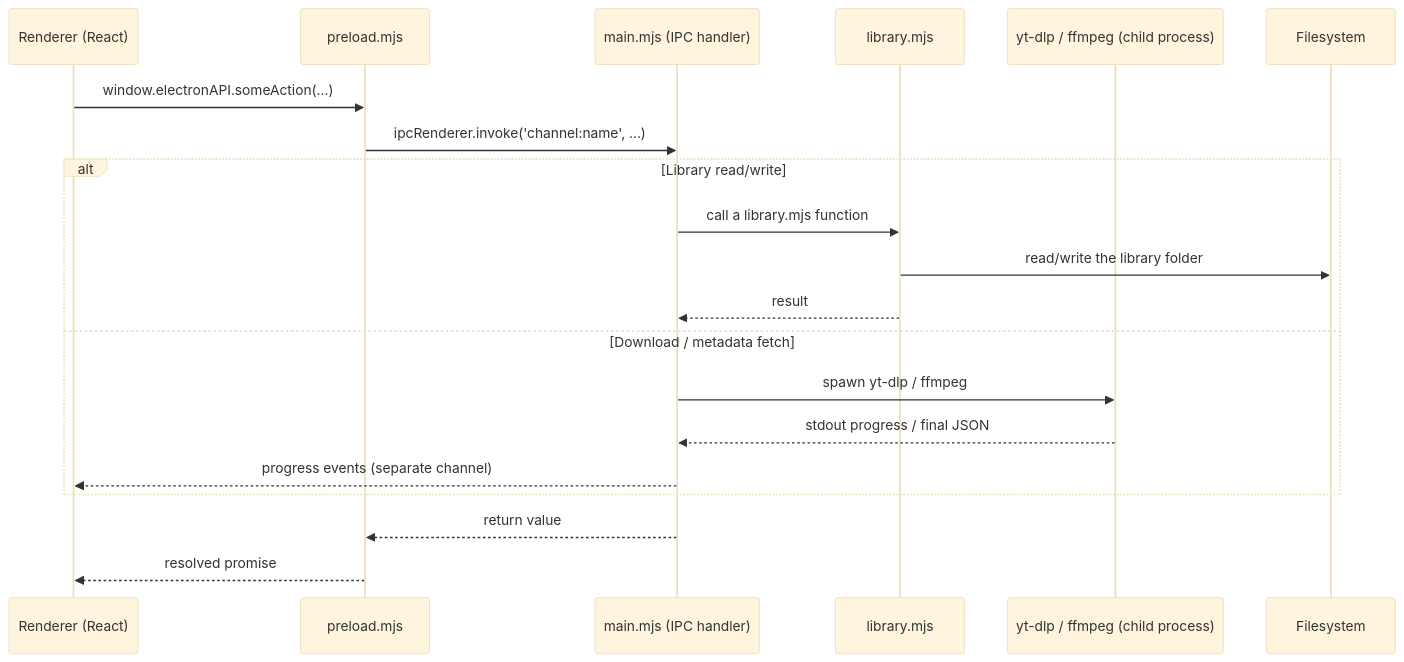
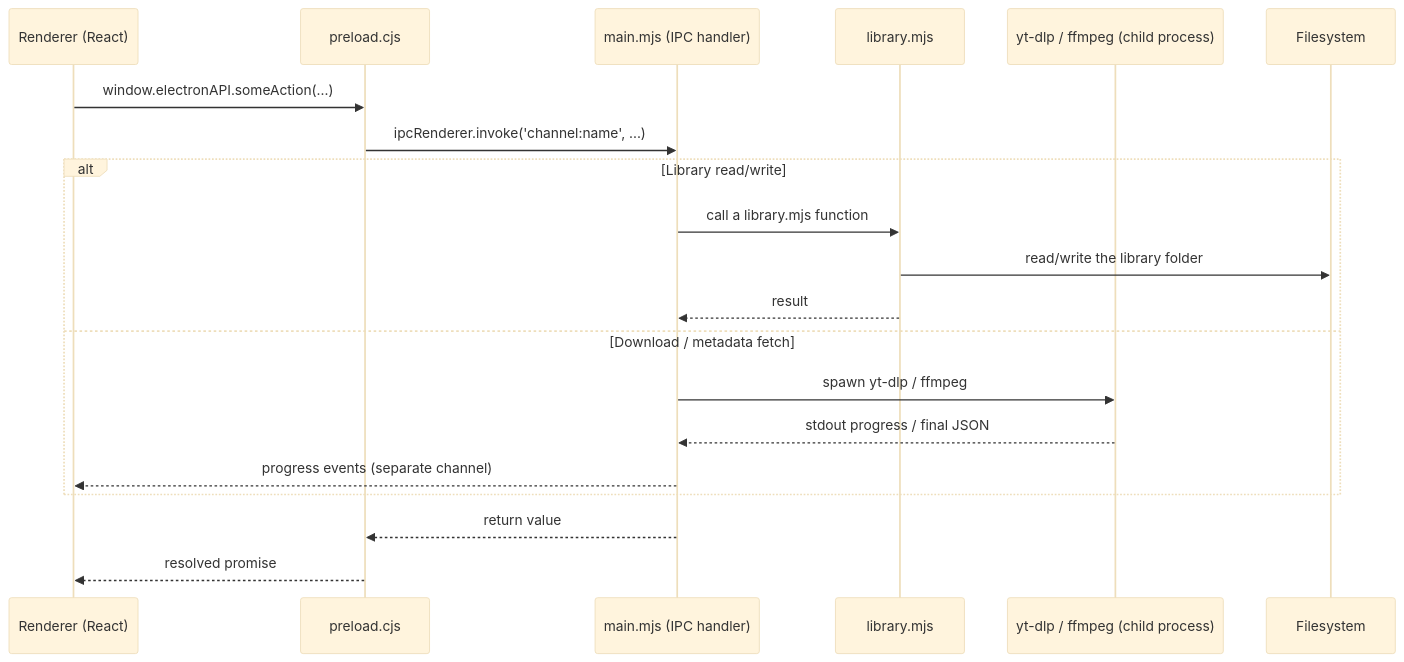
The diagram in docs/PROJECT_STRUCTURE.md (SlothSoftworks/Sloth-Archiver), drawn with Mermaid (base theme) before and after one commit. The commit also changed other lines of this file and 5 other files, not shown here.

````diff
--- a/docs/PROJECT_STRUCTURE.md
+++ b/docs/PROJECT_STRUCTURE.md
@@ -139,23 +139,23 @@
 ```mermaid
 sequenceDiagram
     participant UI as Renderer (React)
-    participant Bridge as preload.mjs
+    participant Bridge as preload.cjs
     participant Main as main.mjs (IPC handler)
     participant Lib as library.mjs
     participant Tool as yt-dlp / ffmpeg (child process)
     participant FS as Filesystem
 
     UI->>Bridge: window.electronAPI.someAction(...)
     Bridge->>Main: ipcRenderer.invoke('channel:name', ...)
     alt Library read/write
         Main->>Lib: call a library.mjs function
         Lib->>FS: read/write the library folder
         Lib-->>Main: result
     else Download / metadata fetch
         Main->>Tool: spawn yt-dlp / ffmpeg
         Tool-->>Main: stdout progress / final JSON
         Main-->>UI: progress events (separate channel)
     end
     Main-->>Bridge: return value
     Bridge-->>UI: resolved promise
 ```
````
